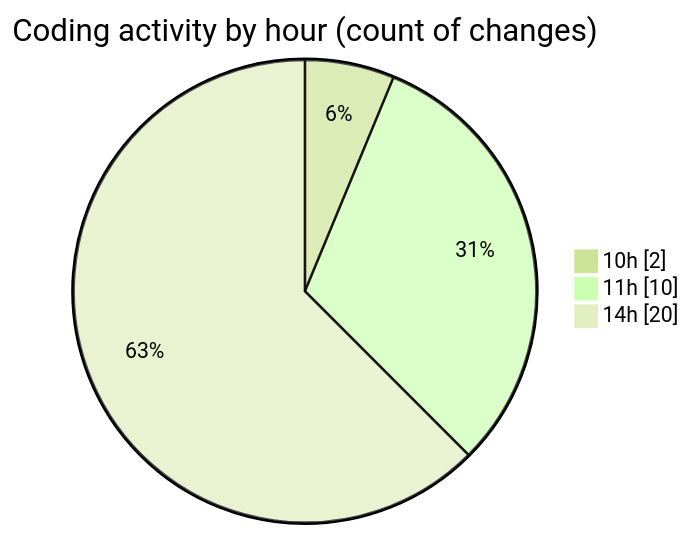
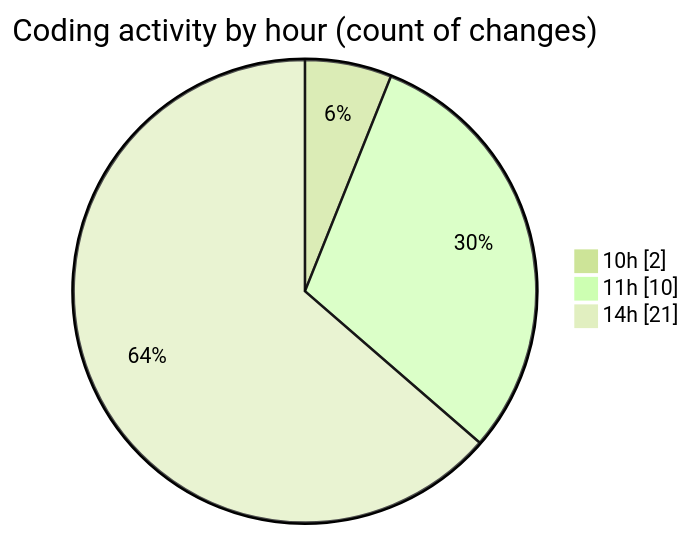
One commit to idhammustaqopulfikri/code-tracking changed the second of 2 diagrams in 2025-06-02/studio-backend/README.md. Above: the diagram before and after it, drawn with Mermaid (forest theme). The commit also changed other lines of this file and 1 other file, not shown here.

````diff
--- a/2025-06-02/studio-backend/README.md
+++ b/2025-06-02/studio-backend/README.md
@@ -38,7 +38,7 @@
 ```mermaid
 pie showData
 title Coding activity by hour (count of changes)
 "10h" : 2
 "11h" : 10
-"14h" : 20
+"14h" : 21
 ```
````
